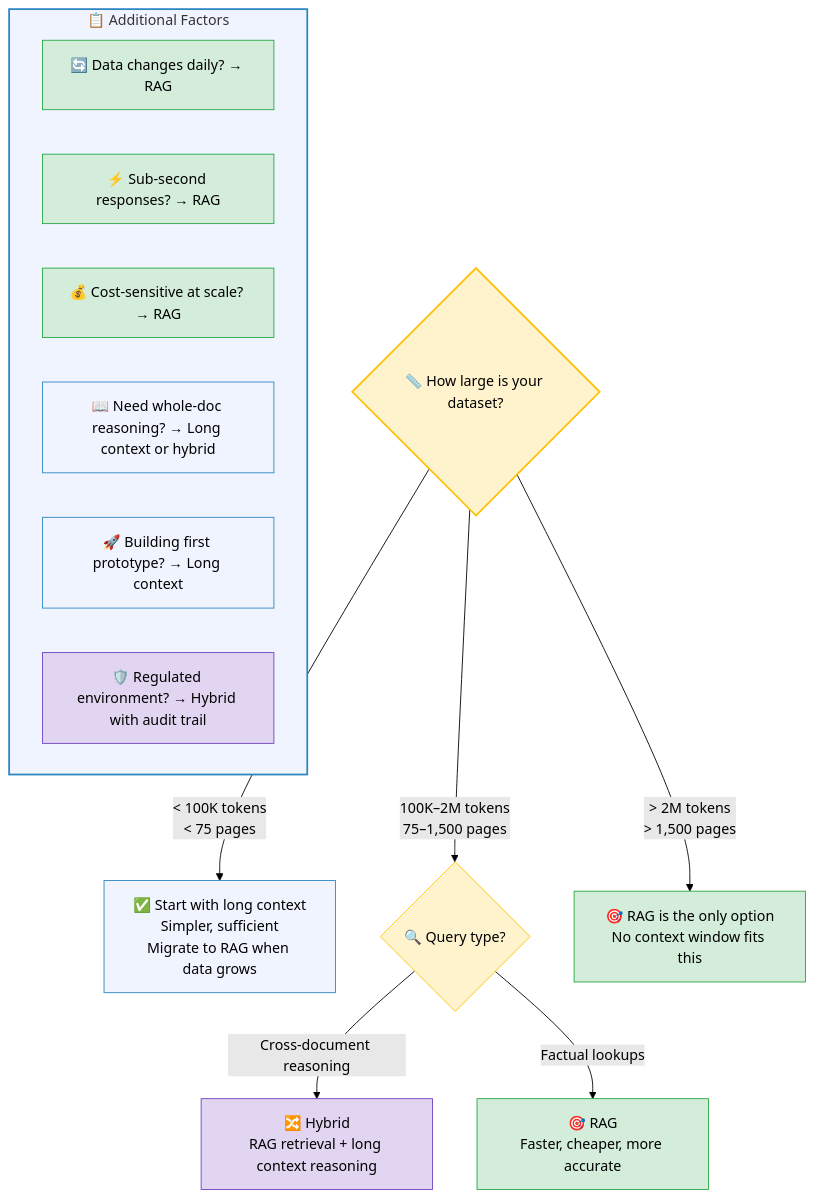
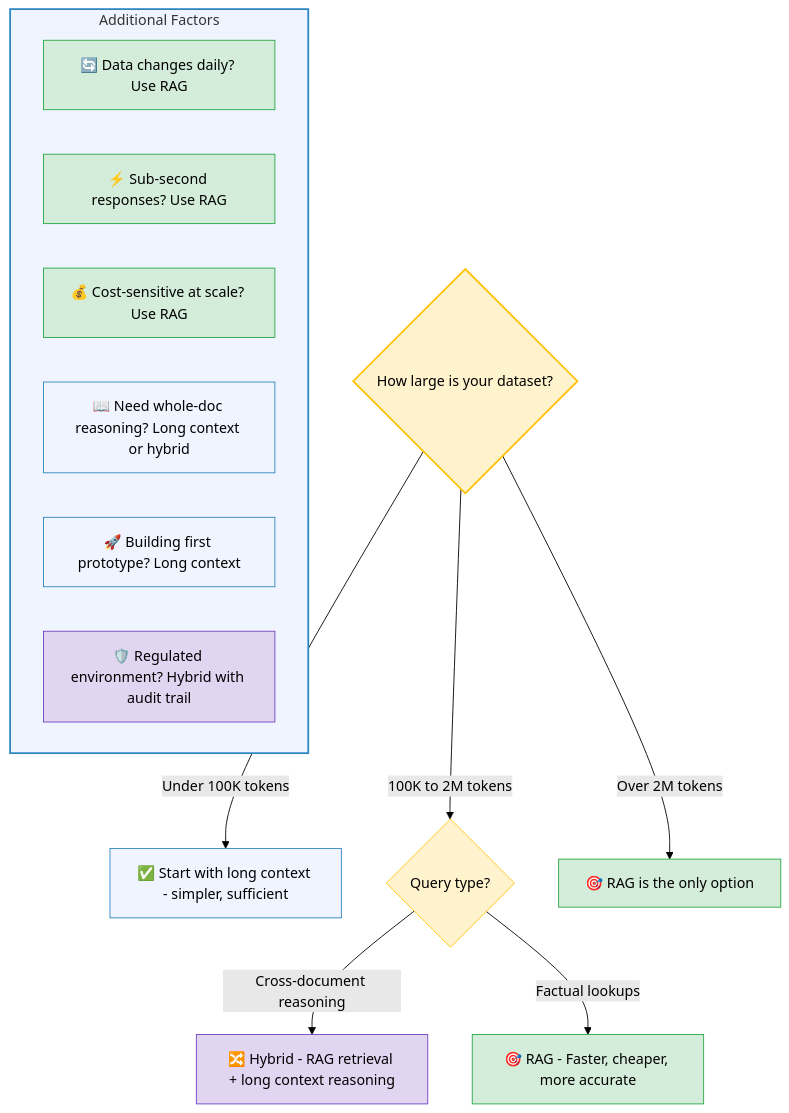
One commit to ithinktavo/GenAI-Engineering-Handbook changed the fifth of 5 diagrams in docs/05-rag-vs-long-context.md. Above: the diagram before and after it, drawn with Mermaid (forest theme). The commit also changed other lines of this file and 9 other files, not shown here.

First line of the commit message:
Fix Mermaid rendering: remove emoji from subgraph titles and unsupported syntax

````diff
--- a/docs/05-rag-vs-long-context.md
+++ b/docs/05-rag-vs-long-context.md
@@ -202,35 +202,35 @@
 ```mermaid
 graph TD
-    Q1{"📏 How large is your dataset?"}
+    Q1{"How large is your dataset?"}
 
-    Q1 -->|"< 100K tokens\n< 75 pages"| A1["✅ Start with long context\nSimpler, sufficient\nMigrate to RAG when data grows"]
+    Q1 -->|"Under 100K tokens"| A1["✅ Start with long context - simpler, sufficient"]
 
-    Q1 -->|"100K–2M tokens\n75–1,500 pages"| Q2{"🔍 Query type?"}
-    Q2 -->|"Cross-document reasoning"| A2["🔀 Hybrid\nRAG retrieval + long context reasoning"]
-    Q2 -->|"Factual lookups"| A3["🎯 RAG\nFaster, cheaper, more accurate"]
+    Q1 -->|"100K to 2M tokens"| Q2{"Query type?"}
+    Q2 -->|"Cross-document reasoning"| A2["🔀 Hybrid - RAG retrieval + long context reasoning"]
+    Q2 -->|"Factual lookups"| A3["🎯 RAG - Faster, cheaper, more accurate"]
 
-    Q1 -->|"> 2M tokens\n> 1,500 pages"| A4["🎯 RAG is the only option\nNo context window fits this"]
+    Q1 -->|"Over 2M tokens"| A4["🎯 RAG is the only option"]
 
-    subgraph FACTORS["📋 Additional Factors"]
-        F1["🔄 Data changes daily? → RAG"]
-        F2["⚡ Sub-second responses? → RAG"]
-        F3["💰 Cost-sensitive at scale? → RAG"]
-        F4["📖 Need whole-doc reasoning? → Long context or hybrid"]
-        F5["🚀 Building first prototype? → Long context"]
-        F6["🛡️ Regulated environment? → Hybrid with audit trail"]
+    subgraph FACTORS["Additional Factors"]
+        F1["🔄 Data changes daily? Use RAG"]
+        F2["⚡ Sub-second responses? Use RAG"]
+        F3["💰 Cost-sensitive at scale? Use RAG"]
+        F4["📖 Need whole-doc reasoning? Long context or hybrid"]
+        F5["🚀 Building first prototype? Long context"]
+        F6["🛡️ Regulated environment? Hybrid with audit trail"]
     end
 
     style Q1 fill:#fff3cd,stroke:#ffc107,stroke-width:2px
     style Q2 fill:#fff3cd,stroke:#ffc107
     style A1 fill:#f0f4ff,stroke:#2E86C1
     style A2 fill:#e2d5f1,stroke:#6f42c1
     style A3 fill:#d4edda,stroke:#28a745
     style A4 fill:#d4edda,stroke:#28a745
     style FACTORS fill:#f0f4ff,stroke:#2E86C1,stroke-width:2px
     style F1 fill:#d4edda,stroke:#28a745
     style F2 fill:#d4edda,stroke:#28a745
     style F3 fill:#d4edda,stroke:#28a745
     style F4 fill:#f0f4ff,stroke:#2E86C1
     style F5 fill:#f0f4ff,stroke:#2E86C1
     style F6 fill:#e2d5f1,stroke:#6f42c1
 ```
````
